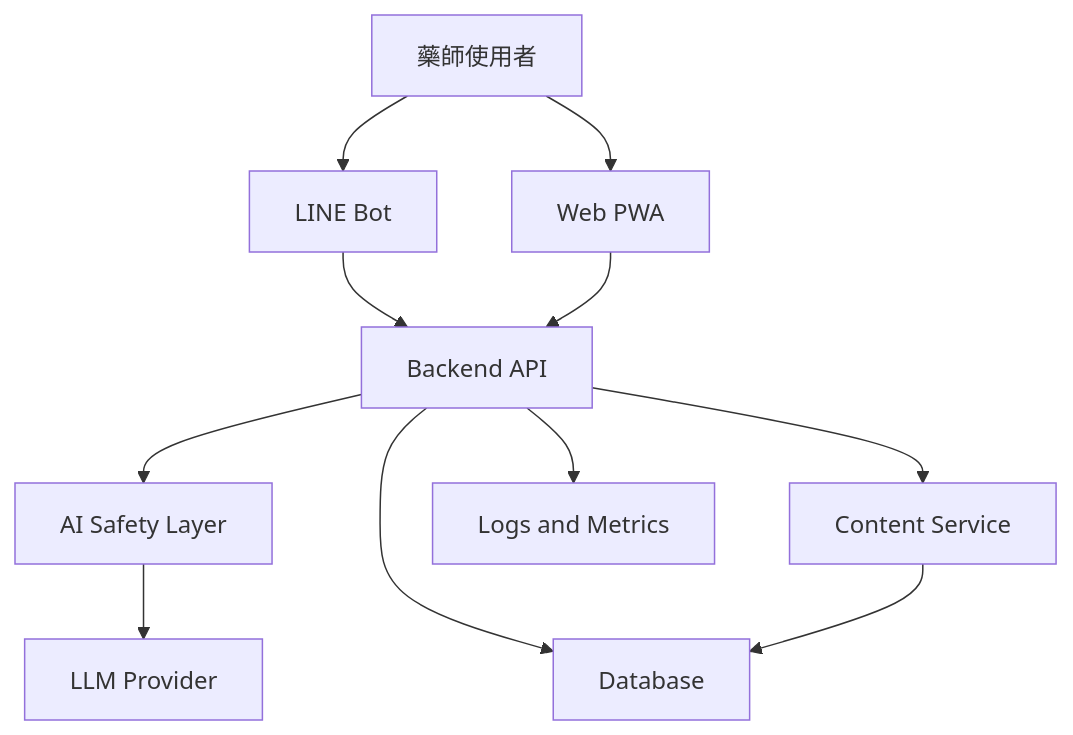
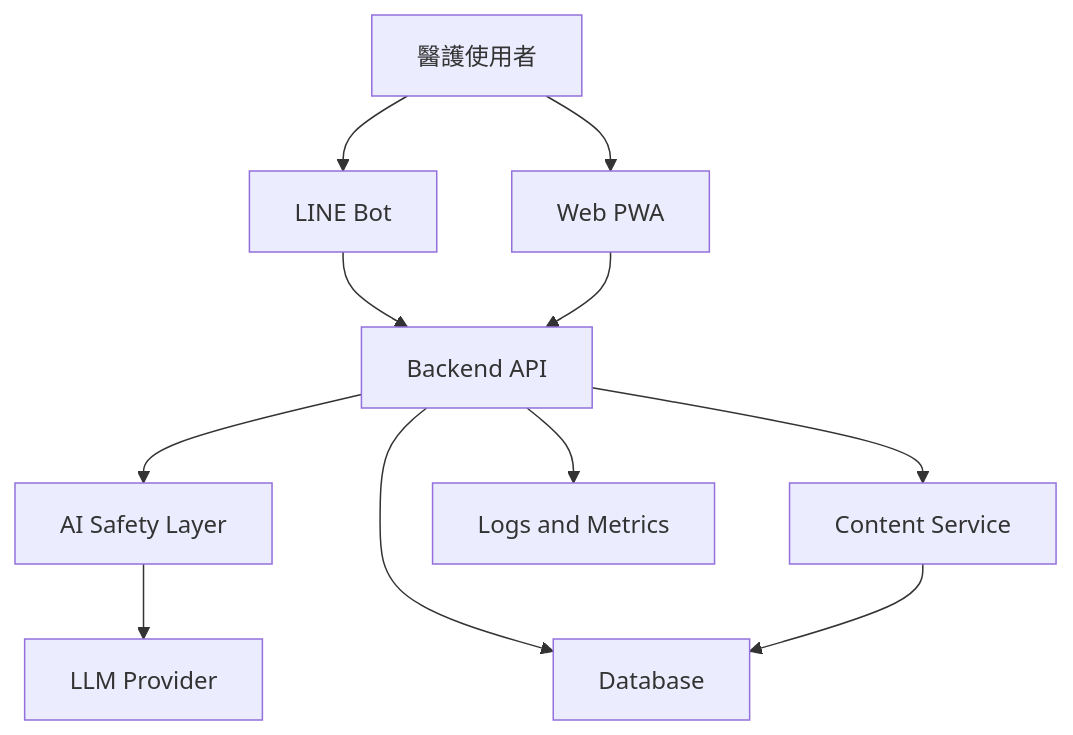
The diagram in docs/SDD.md (LCCtaiwan/pharmacist-tree-hollow), drawn with Mermaid before and after one commit. The commit also changed other lines of this file and 17 other files, not shown here.

````diff
--- a/docs/SDD.md
+++ b/docs/SDD.md
@@ -95,13 +95,13 @@
 ```mermaid
 flowchart TD
-    U["藥師使用者"] --> L["LINE Bot"]
+    U["醫護使用者"] --> L["LINE Bot"]
     U --> W["Web PWA"]
     L --> API["Backend API"]
     W --> API
     API --> Safety["AI Safety Layer"]
     API --> Content["Content Service"]
     API --> Store["Database"]
     Safety --> LLM["LLM Provider"]
     Content --> Store
     API --> Observability["Logs and Metrics"]
 ```
````
